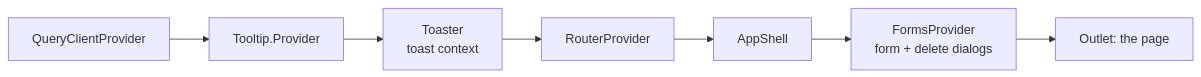
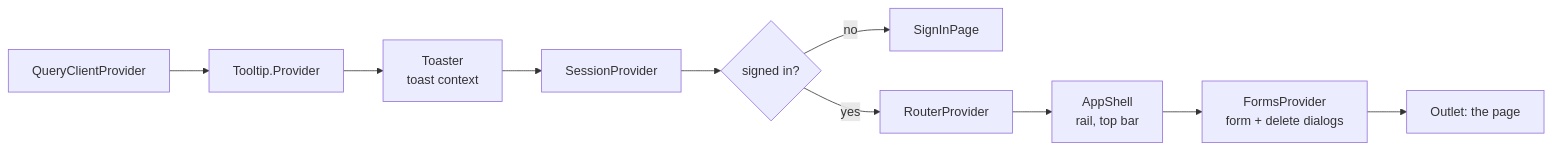
One commit to deltarem/accountable changed the second of 4 diagrams in docs/frontend-architecture.md. Above: the diagram before and after it, drawn with Mermaid. The commit also changed other lines of this file and 173 other files, not shown here.

````diff
--- a/docs/frontend-architecture.md
+++ b/docs/frontend-architecture.md
@@ -91,5 +110,8 @@
 ```mermaid
 flowchart LR
-    Q[QueryClientProvider] --> T[Tooltip.Provider] --> TO[Toaster<br/>toast context] --> RP[RouterProvider]
-    RP --> AS[AppShell] --> FP[FormsProvider<br/>form + delete dialogs] --> O[Outlet: the page]
+    Q[QueryClientProvider] --> T[Tooltip.Provider] --> TO[Toaster<br/>toast context] --> SP[SessionProvider]
+    SP --> G{signed in?}
+    G -- no --> SI[SignInPage]
+    G -- yes --> RP[RouterProvider]
+    RP --> AS[AppShell<br/>rail, top bar] --> FP[FormsProvider<br/>form + delete dialogs] --> O[Outlet: the page]
 ```
````
